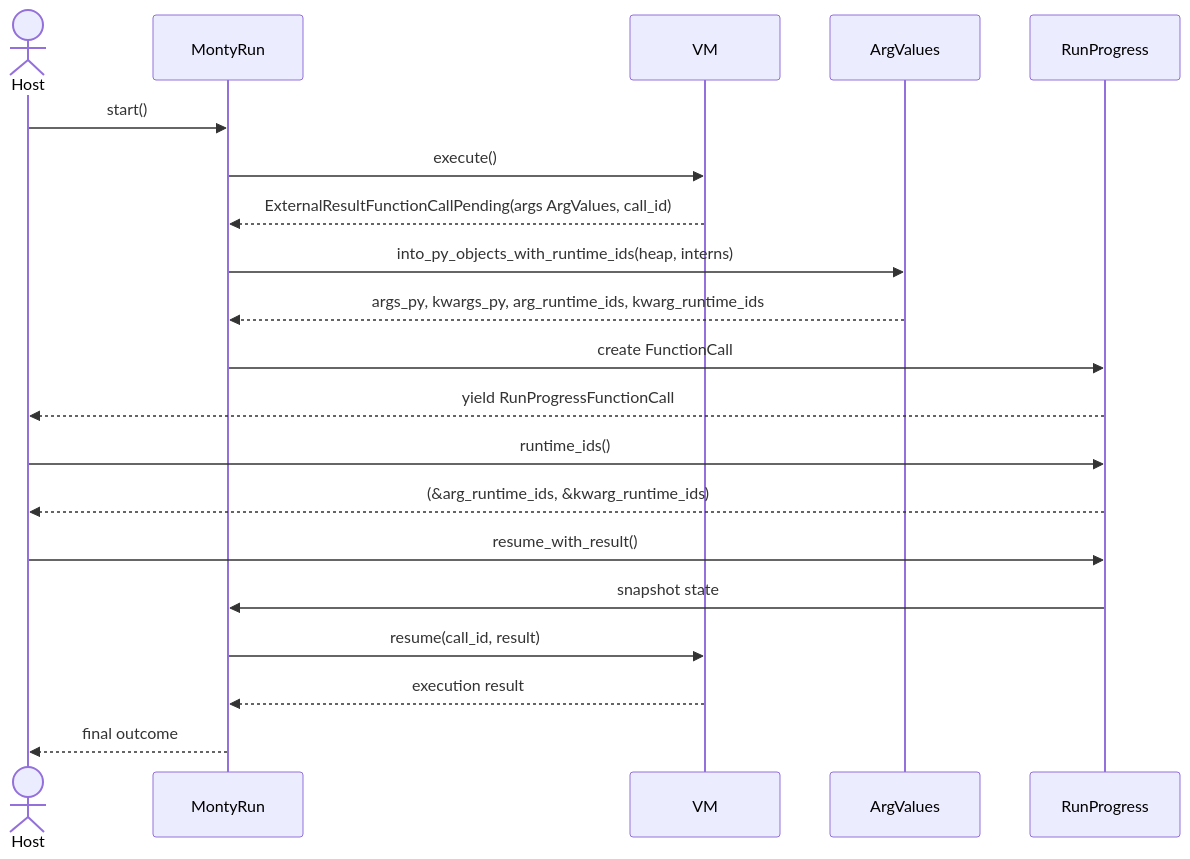
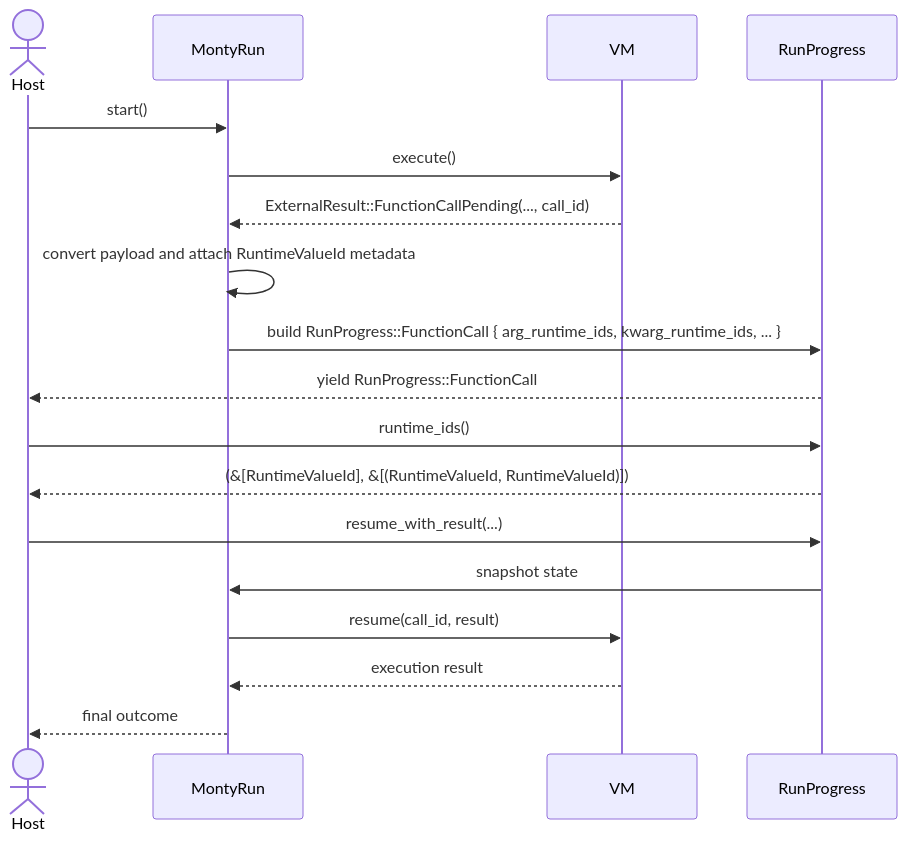
The second of 5 diagrams in docs/zamburak-design-document.md (leynos/zamburak), drawn with Mermaid before and after one commit. The commit also changed other lines of this file and 2 other files, not shown here.

Commit message:
docs(runtime-ids): refine documentation on stable runtime ID usage and test steps
- Clarify references and terminology around IFC (information-flow control) propagation.
- Improve prose for submodule usage and testing workflow steps in the 0.5.1 execplan.
- Update users-guide to specify precise types and accessor methods for runtime ID fields in progress enums.
- Enhance design document with detailed sequence flows and runtime ID field descriptions for run and repl pause events.
- Standardize presentation of runtime ID continuity and opaqueness across documentation.
- No code or behavior changes, purely documentation and doc-test orchestration improvements.

````diff
--- a/docs/zamburak-design-document.md
+++ b/docs/zamburak-design-document.md
@@ -366,27 +369,25 @@
 ```mermaid
 sequenceDiagram
     actor Host
     participant MontyRun
     participant VM
-    participant ArgValues
     participant RunProgress
 
     Host->>MontyRun: start()
     MontyRun->>VM: execute()
-    VM-->>MontyRun: ExternalResultFunctionCallPending(args ArgValues, call_id)
+    VM-->>MontyRun: ExternalResult::FunctionCallPending(..., call_id)
 
-    MontyRun->>ArgValues: into_py_objects_with_runtime_ids(heap, interns)
-    ArgValues-->>MontyRun: args_py, kwargs_py, arg_runtime_ids, kwarg_runtime_ids
+    MontyRun->>MontyRun: convert payload and attach RuntimeValueId metadata
 
-    MontyRun->>RunProgress: create FunctionCall
-    RunProgress-->>Host: yield RunProgressFunctionCall
+    MontyRun->>RunProgress: build RunProgress::FunctionCall { arg_runtime_ids, kwarg_runtime_ids, ... }
+    RunProgress-->>Host: yield RunProgress::FunctionCall
 
     Host->>RunProgress: runtime_ids()
-    RunProgress-->>Host: (&arg_runtime_ids, &kwarg_runtime_ids)
+    RunProgress-->>Host: (&[RuntimeValueId], &[(RuntimeValueId, RuntimeValueId)])
 
-    Host->>RunProgress: resume_with_result()
+    Host->>RunProgress: resume_with_result(...)
     RunProgress->>MontyRun: snapshot state
     MontyRun->>VM: resume(call_id, result)
     VM-->>MontyRun: execution result
     MontyRun-->>Host: final outcome
 ```
````
